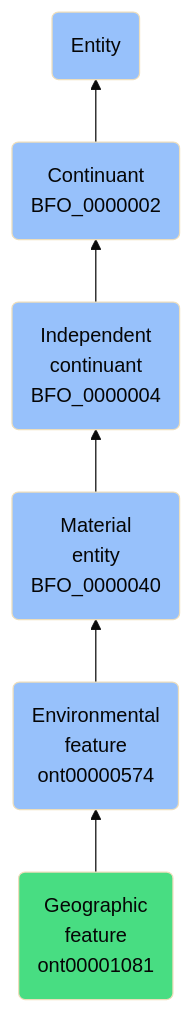
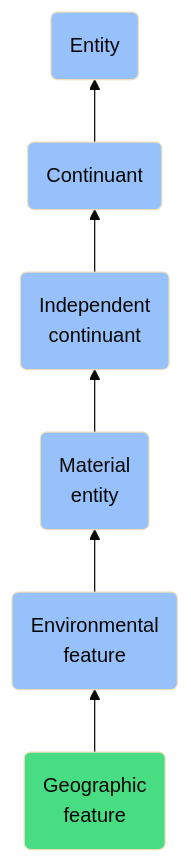
The diagram in docs/ontology/reference/model/Entity/Continuant/Independent continuant/Material entity/Environmental feature/Geographic feature/Geographic feature.md (jupyter-naas/abi), drawn with Mermaid (base theme) before and after one commit. The commit also changed other lines of this file and 1430 other files, not shown here.

````diff
--- a/docs/ontology/reference/model/Entity/Continuant/Independent continuant/Material entity/Environmental feature/Geographic feature/Geographic feature.md
+++ b/docs/ontology/reference/model/Entity/Continuant/Independent continuant/Material entity/Environmental feature/Geographic feature/Geographic feature.md
@@ -24,13 +24,13 @@
 ```mermaid
 graph BT
-    ont00001081(Geographic<br>feature<br>ont00001081):::ABI-->ont00000574
-    ont00000574(Environmental<br>feature<br>ont00000574):::BFO-->BFO_0000040
-    BFO_0000040(Material<br>entity<br>BFO_0000040):::BFO-->BFO_0000004
-    BFO_0000004(Independent<br>continuant<br>BFO_0000004):::BFO-->BFO_0000002
-    BFO_0000002(Continuant<br>BFO_0000002):::BFO-->BFO_0000001
+    ont00001081(Geographic<br>feature):::ABI-->ont00000574
+    ont00000574(Environmental<br>feature):::BFO-->BFO_0000040
+    BFO_0000040(Material<br>entity):::BFO-->BFO_0000004
+    BFO_0000004(Independent<br>continuant):::BFO-->BFO_0000002
+    BFO_0000002(Continuant):::BFO-->BFO_0000001
     BFO_0000001(Entity):::BFO
     
     classDef BFO fill:#97c1fb,color:#060606
     classDef CCO fill:#e4c51e,color:#060606
     classDef ABI fill:#48DD82,color:#060606
 ```
````
